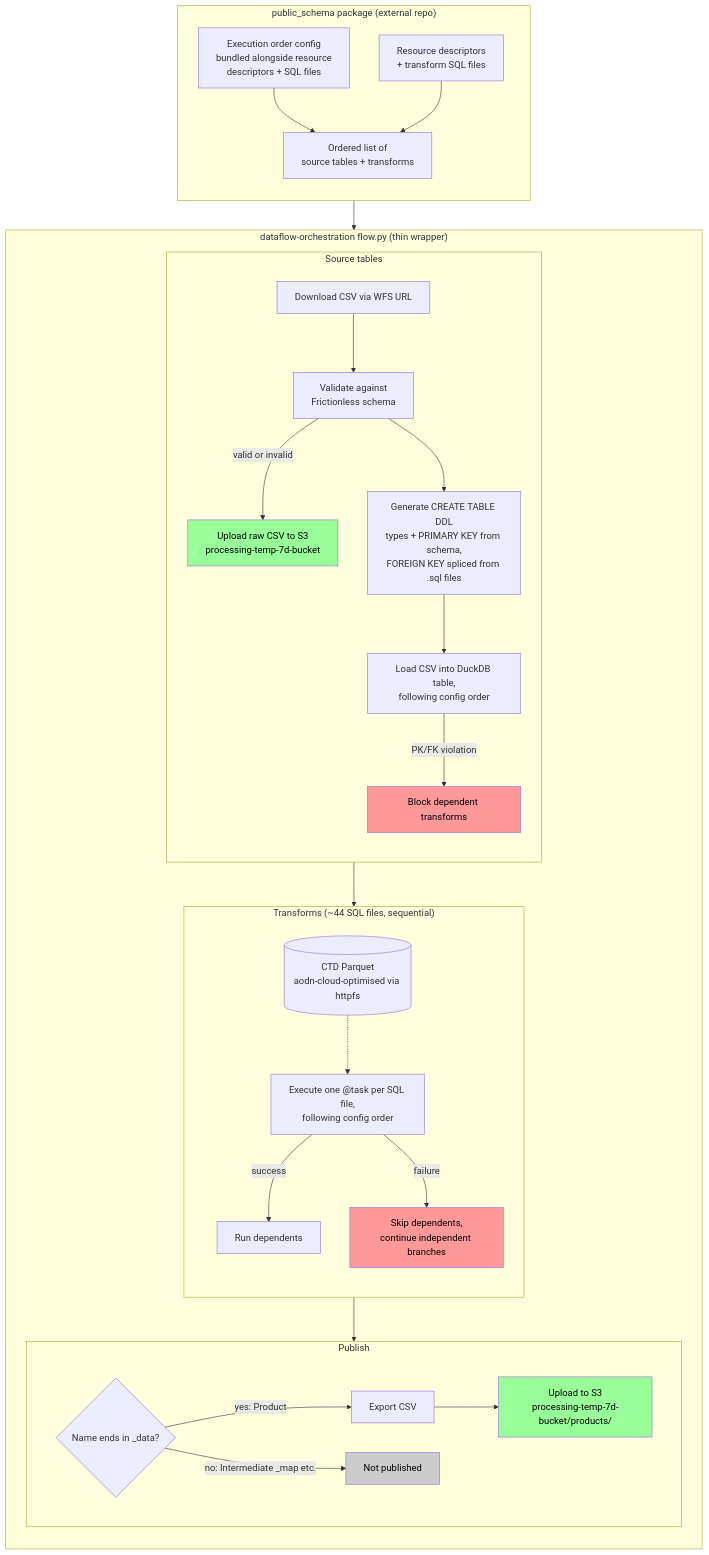
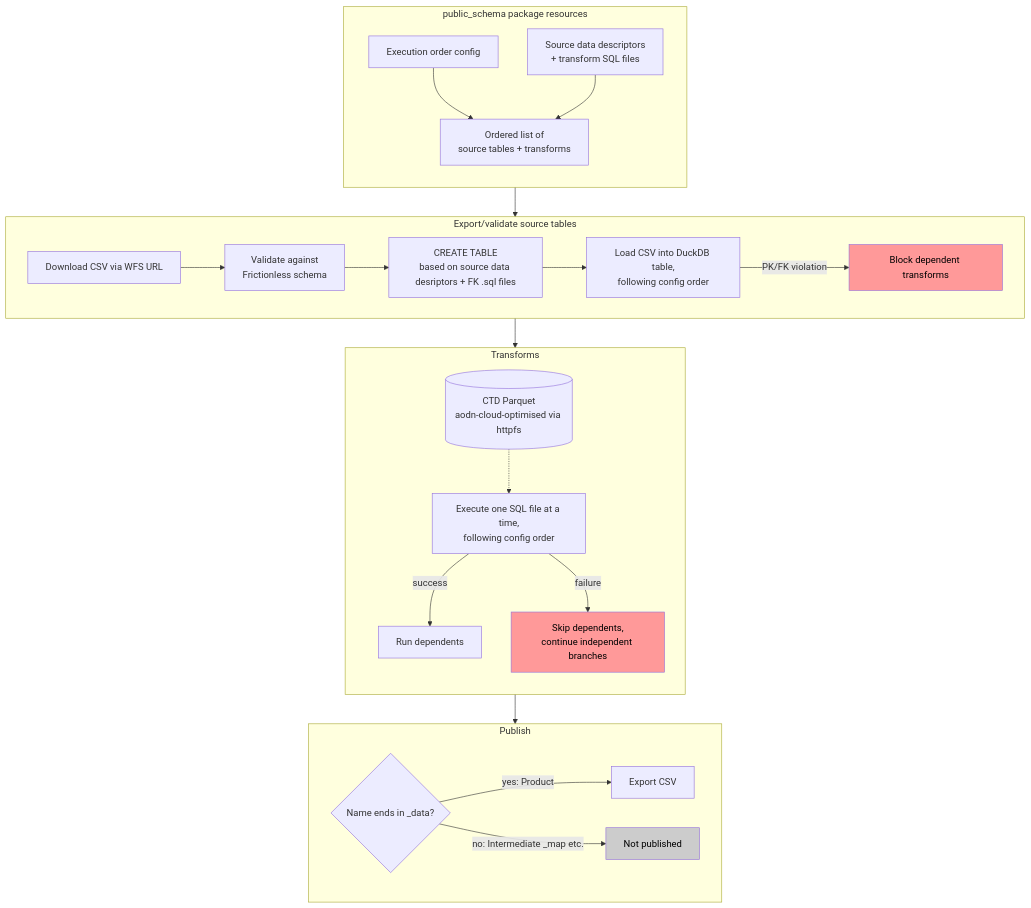
The diagram in docs/architecture.md (aodn/public-schema), drawn with Mermaid before and after one commit. The commit also changed other lines of this file and 8 other files, not shown here.

````diff
--- a/docs/architecture.md
+++ b/docs/architecture.md
@@ -9,46 +11,40 @@
 ```mermaid
 flowchart TD
-    subgraph PublicSchema["public_schema package (external repo)"]
-        direction TB
-        CFG[Execution order config<br/>bundled alongside resource<br/>descriptors + SQL files]
-        R[Resource descriptors<br/>+ transform SQL files]
-        CFG --> ORDER[Ordered list of<br/>source tables + transforms]
-        R --> ORDER
+    subgraph PublicSchema["public_schema package resources"]
+      direction TB
+      R[Source data descriptors<br/>+ transform SQL files]
+      CFG[Execution order config]
+      CFG --> ORDER[Ordered list of<br/>source tables + transforms]
+      R --> ORDER
     end
 
-    subgraph Wrapper["dataflow-orchestration flow.py (thin wrapper)"]
+    subgraph SourceLoad["Export/validate source tables"]
+        direction LR
+        DL[Download CSV via WFS URL] --> VAL[Validate against<br/>Frictionless schema]
+        VAL --> DDL[CREATE TABLE<br/>based on source data desriptors + FK .sql files]
+        DDL --> LOAD[Load CSV into DuckDB table,<br/>following config order]
+        LOAD -->|PK/FK violation| SKIP1[Block dependent transforms]
+    end
+
+    subgraph Transform["Transforms"]
         direction TB
-        subgraph SourceLoad["Source tables"]
-            direction TB
-            DL[Download CSV via WFS URL] --> VAL[Validate against<br/>Frictionless schema]
-            VAL -->|valid or invalid| UP1[Upload raw CSV to S3<br/>processing-temp-7d-bucket]
-            VAL --> DDL[Generate CREATE TABLE DDL<br/>types + PRIMARY KEY from schema,<br/>FOREIGN KEY spliced from .sql files]
-            DDL --> LOAD[Load CSV into DuckDB table,<br/>following config order]
-            LOAD -->|PK/FK violation| SKIP1[Block dependent transforms]
-        end
+        EXEC["Execute one SQL file at a time,<br/>following config order"]
+        EXEC -->|success| NEXT[Run dependents]
+        EXEC -->|failure| SKIP2[Skip dependents,<br/>continue independent branches]
+        CTD[(CTD Parquet<br/>aodn-cloud-optimised via httpfs)] -.-> EXEC
+    end
 
-        subgraph Transform["Transforms (~44 SQL files, sequential)"]
-            direction TB
-            EXEC["Execute one @task per SQL file,<br/>following config order"]
-            EXEC -->|success| NEXT[Run dependents]
-            EXEC -->|failure| SKIP2[Skip dependents,<br/>continue independent branches]
-            CTD[(CTD Parquet<br/>aodn-cloud-optimised via httpfs)] -.-> EXEC
-        end
-
-        subgraph Publish["Publish"]
-            PROD{"Name ends in _data?"}
-            PROD -->|yes: Product| CSVOUT[Export CSV] --> UP2[Upload to S3<br/>processing-temp-7d-bucket/products/]
-            PROD -->|no: Intermediate _map etc.| DROP[Not published]
-        end
+    subgraph Publish["Publish"]
+        PROD{"Name ends in _data?"}
+        PROD -->|yes: Product| CSVOUT[Export CSV]
+        PROD -->|no: Intermediate _map etc.| DROP[Not published]
     end
 
     ORDER --> SourceLoad
     SourceLoad --> Transform
     Transform --> Publish
 
     style SKIP1 fill:#f99,color:#000
     style SKIP2 fill:#f99,color:#000
     style DROP fill:#ccc,color:#000
-    style UP1 fill:#9f9,color:#000
-    style UP2 fill:#9f9,color:#000
 ```
````
